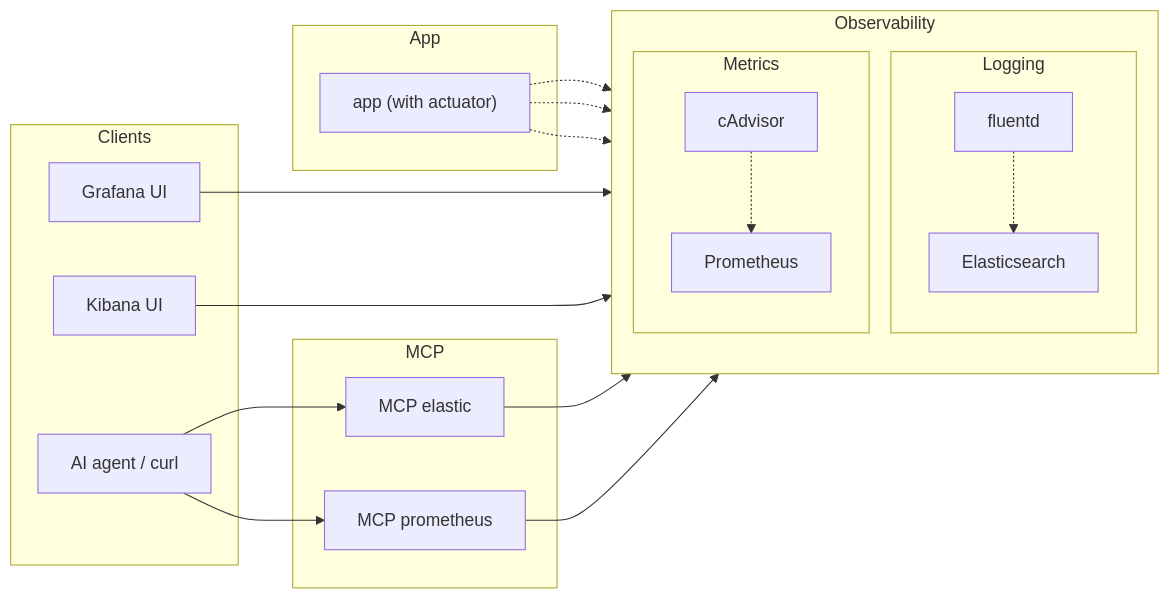
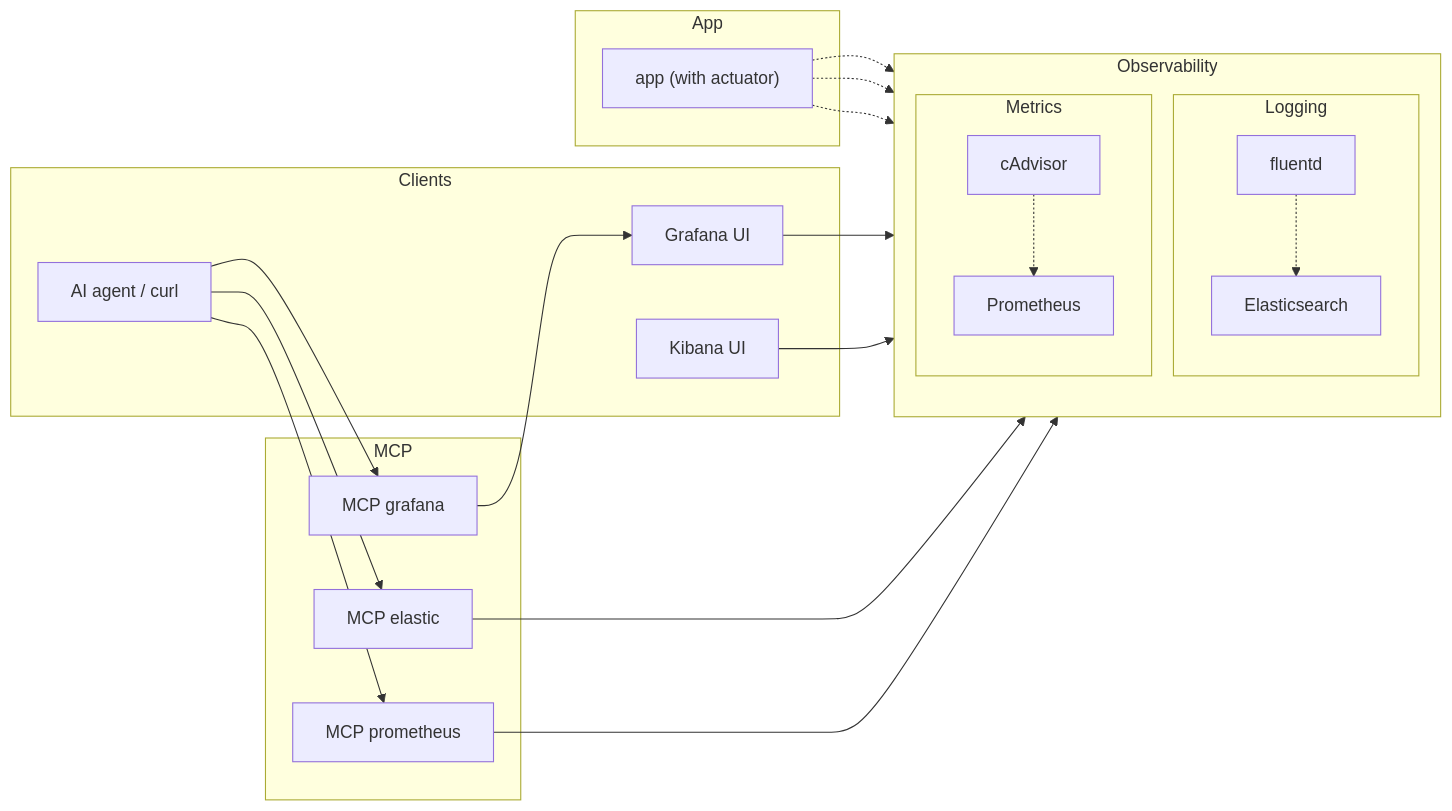
One commit to sheyko94/mcpo changed the diagram in README.md. Above: the diagram before and after it, drawn with Mermaid. The commit also changed other lines of this file and 2 other files, not shown here.

Commit message:
added MCP server for grafana

````diff
--- a/README.md
+++ b/README.md
@@ -9,53 +9,58 @@
 ```mermaid
 
 flowchart LR
 
   %% Column 1: Clients
   subgraph Clients
     client["AI agent / curl"]
     graf["Grafana UI"]
     kib["Kibana UI"]
   end
 
   %% Column 2: MCP
   subgraph MCP
     mcp_es["MCP elastic"]
     mcp_prom["MCP prometheus"]
+    mcp_graf["MCP grafana"]
   end
 
   %% Column 3: Observability (Logging + Metrics)
   subgraph Observability
     direction TB
     subgraph Logging
       fluentd["fluentd"]
       es["Elasticsearch"]
     end
     subgraph Metrics
       cadvisor["cAdvisor"]
       prom["Prometheus"]
     end
   end
 
   %% Column 4: App
   subgraph App
     app["app (with actuator)"]
   end
 
   %% Sends (dotted)
   app -.-> fluentd
   fluentd -.-> es
   cadvisor -.-> prom
   app -.-> prom
   app -.-> cadvisor
 
   %% Queries (solid)
   graf --> prom
   kib --> es
   client --> mcp_es
   client --> mcp_prom
+  client --> mcp_graf
   mcp_es --> es
   mcp_prom --> prom
+  mcp_graf --> graf
+
+
 
 
 
 ```
````
